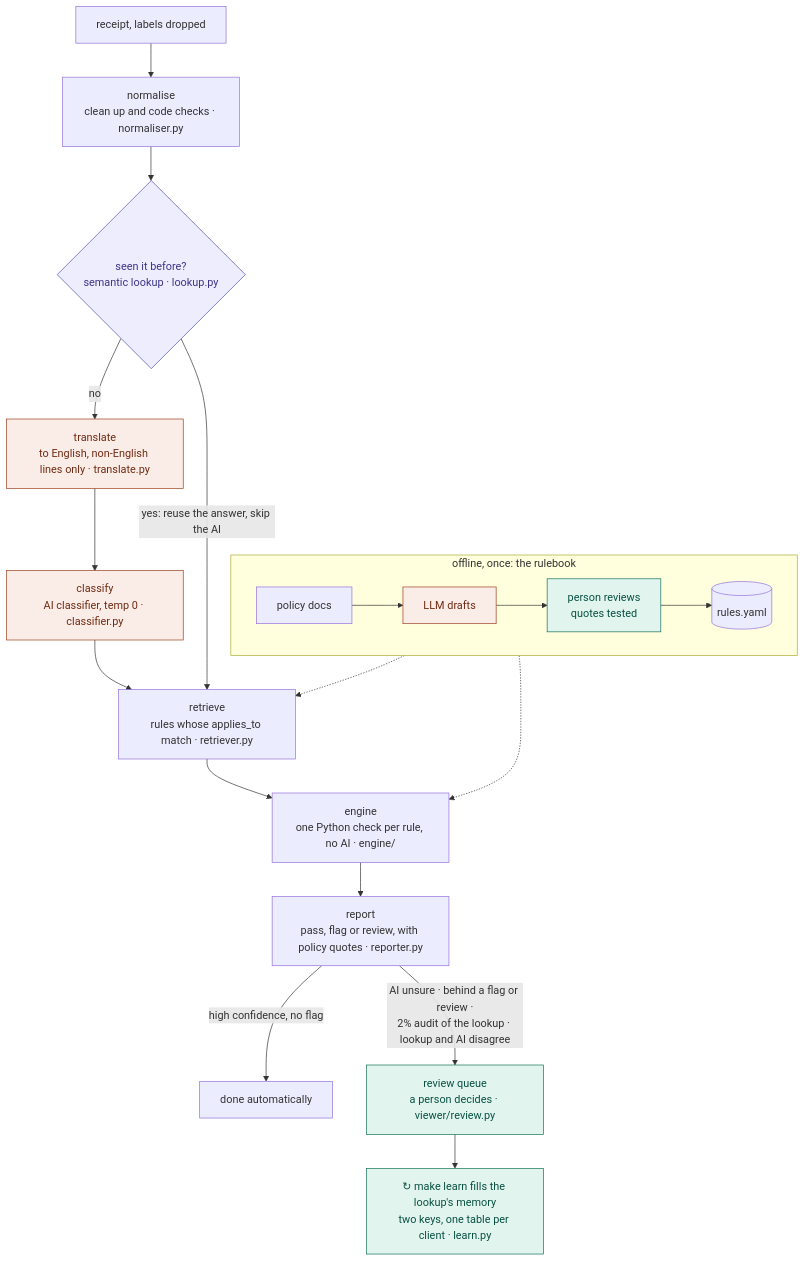
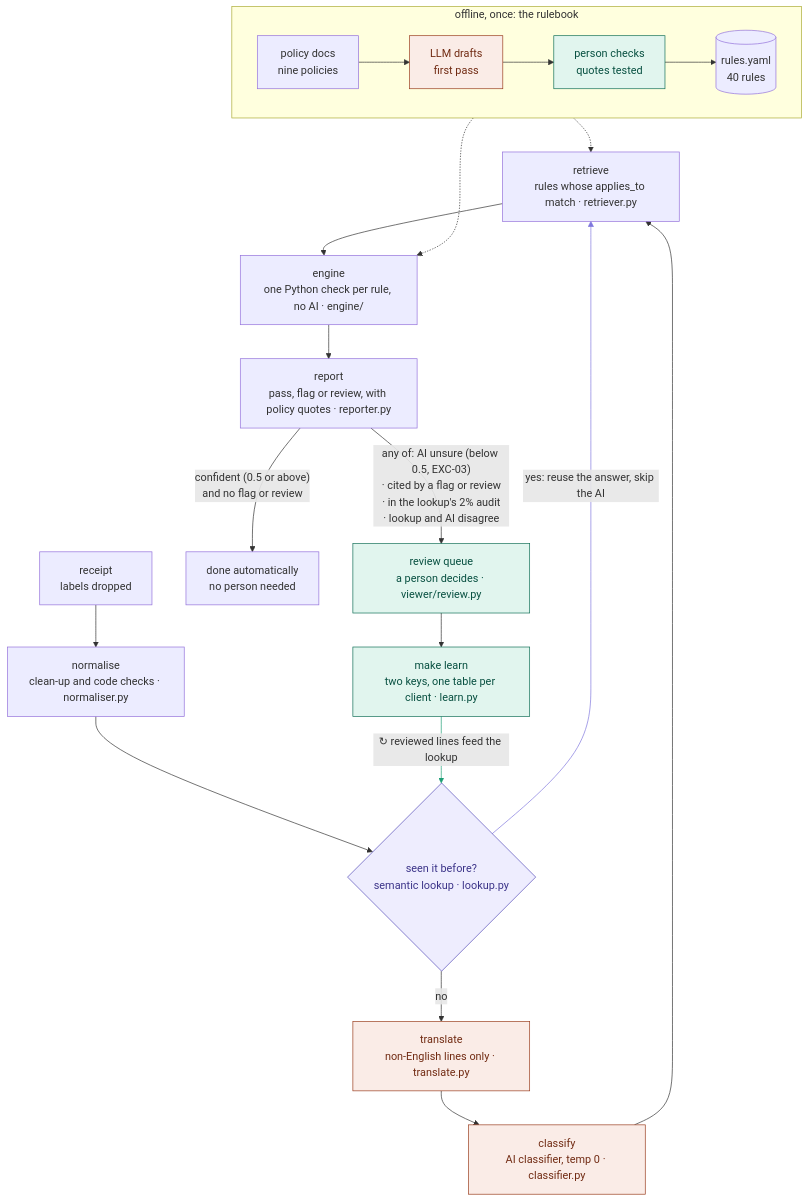
The diagram in README.md (laasyaaprasad/expense-policy-validator), drawn with Mermaid before and after one commit. The commit also changed other lines of this file, not shown here.

Commit message:
Label the routing out of the report and draw the review loop in the architecture diagram
Both arrows out of the report now say why a line goes there: confident
(0.5 or above) with no flag or review is done automatically; AI unsure
(EXC-03), cited by a flag or review, in the lookup's 2% audit, or a
lookup/AI disagreement goes to the review queue. make learn now has an
arrow back into the lookup, and a one-line colour key sits under the
diagram. The main flow is declared before the rulebook subgraph so
Mermaid treats the loop, not the lookup's edges, as the back edge.

````diff
--- a/README.md
+++ b/README.md
@@ -14,26 +14,29 @@
 ```mermaid
 flowchart TB
-    subgraph offline["offline, once: the rulebook"]
-        direction LR
-        D["policy docs"] --> Y1["LLM drafts"] --> Y2["person reviews<br/>quotes tested"] --> Y[("rules.yaml")]
-    end
-    R["receipt, labels dropped"] --> N["normalise<br/>clean up and code checks · normaliser.py"]
+    R["receipt<br/>labels dropped"] --> N["normalise<br/>clean-up and code checks · normaliser.py"]
     N --> L{"seen it before?<br/>semantic lookup · lookup.py"}
-    L -- "no" --> T["translate<br/>to English, non-English lines only · translate.py"]
+    L -- "no" --> T["translate<br/>non-English lines only · translate.py"]
     T --> K["classify<br/>AI classifier, temp 0 · classifier.py"]
     K --> P["retrieve<br/>rules whose applies_to match · retriever.py"]
     L -- "yes: reuse the answer, skip the AI" --> P
     P --> E["engine<br/>one Python check per rule, no AI · engine/"]
+    E --> O["report<br/>pass, flag or review, with policy quotes · reporter.py"]
+    O -- "confident (0.5 or above)<br/>and no flag or review" --> A["done automatically<br/>no person needed"]
+    O -- "any of: AI unsure (below 0.5, EXC-03)<br/>· cited by a flag or review<br/>· in the lookup's 2% audit<br/>· lookup and AI disagree" --> Q["review queue<br/>a person decides · viewer/review.py"]
+    Q --> G["make learn<br/>two keys, one table per client · learn.py"]
+    G -- "↻ reviewed lines feed the lookup" --> L
+    subgraph offline["offline, once: the rulebook"]
+        direction LR
+        D["policy docs<br/>nine policies"] --> Y1["LLM drafts<br/>first pass"] --> Y2["person checks<br/>quotes tested"] --> Y[("rules.yaml<br/>40 rules")]
+    end
     Y -.-> P
     Y -.-> E
-    E --> O["report<br/>pass, flag or review, with policy quotes · reporter.py"]
-    O -- "high confidence, no flag" --> A["done automatically"]
-    O -- "AI unsure · behind a flag or review ·<br/>2% audit of the lookup · lookup and AI disagree" --> Q["review queue<br/>a person decides · viewer/review.py"]
-    Q --> G["↻ make learn fills the lookup's memory<br/>two keys, one table per client · learn.py"]
     classDef ai fill:#FAECE7,stroke:#993C1D,color:#712B13
     classDef lookup fill:#EEEDFE,stroke:#534AB7,color:#3C3489
     classDef people fill:#E1F5EE,stroke:#0F6E56,color:#085041
     class Y1,T,K ai
     class L lookup
     class Y2,Q,G people
+    linkStyle 5 stroke:#7F77DD
+    linkStyle 11 stroke:#1D9E75
 ```
````
